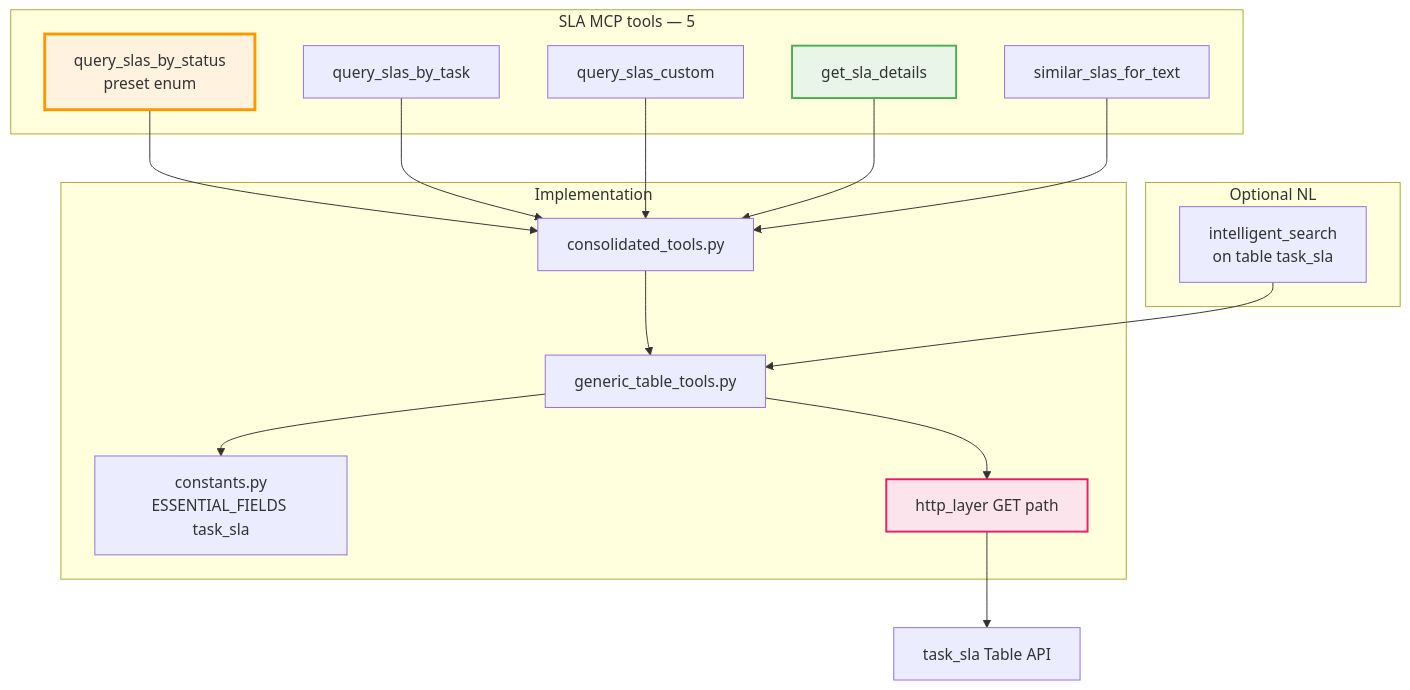
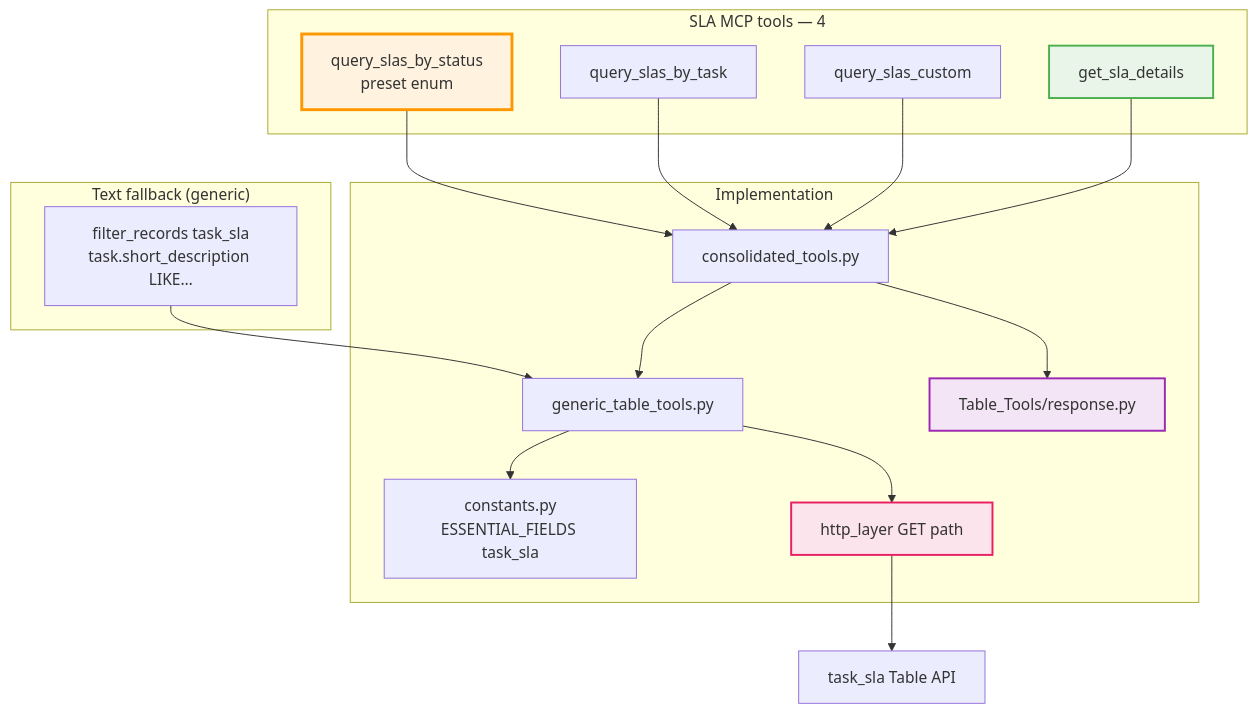
Before and after one commit to Papamzor/personal-mcp-servicenow: the first of 3 diagrams in Diagrams & Documentation/06-sla-architecture-flow.md, drawn with Mermaid. The commit also changed other lines of this file, not shown here.

First line of the commit message:
docs(v5.0): refresh 06-sla-architecture-flow to 4 SLA tools

````diff
--- a/Diagrams & Documentation/06-sla-architecture-flow.md
+++ b/Diagrams & Documentation/06-sla-architecture-flow.md
@@ -53,36 +56,37 @@
 ```mermaid
 graph TB
-    subgraph "SLA MCP tools — 5"
+    subgraph "SLA MCP tools — 4"
         S1["query_slas_by_status<br/>preset enum"]
         S2["query_slas_by_task"]
         S3["query_slas_custom"]
         S4["get_sla_details"]
-        S5["similar_slas_for_text"]
     end
 
     subgraph "Implementation"
         CNS[consolidated_tools.py]
         GTT[generic_table_tools.py]
         CONST[constants.py<br/>ESSENTIAL_FIELDS task_sla]
+        RESP[Table_Tools/response.py]
         HTTP[http_layer GET path]
     end
 
-    subgraph "Optional NL"
-        IQ[intelligent_search<br/>on table task_sla]
+    subgraph "Text fallback (generic)"
+        FR["filter_records task_sla<br/>task.short_description LIKE…"]
     end
 
     S1 --> CNS
     S2 --> CNS
     S3 --> CNS
     S4 --> CNS
-    S5 --> CNS
     CNS --> GTT
+    CNS --> RESP
     GTT --> CONST
     GTT --> HTTP
-    IQ --> GTT
+    FR --> GTT
     HTTP --> SN[task_sla Table API]
 
     style S1 fill:#fff3e0,stroke:#ff9800,stroke-width:3px
     style S4 fill:#e8f5e8,stroke:#4caf50,stroke-width:2px
     style HTTP fill:#fce4ec,stroke:#e91e63,stroke-width:2px
+    style RESP fill:#f3e5f5,stroke:#9c27b0,stroke-width:2px
 ```
````
